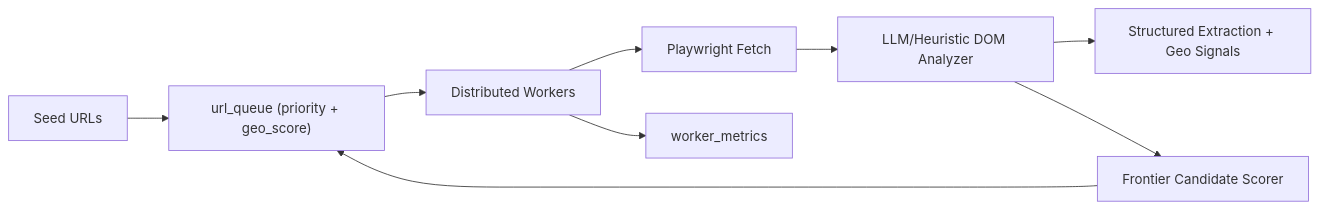
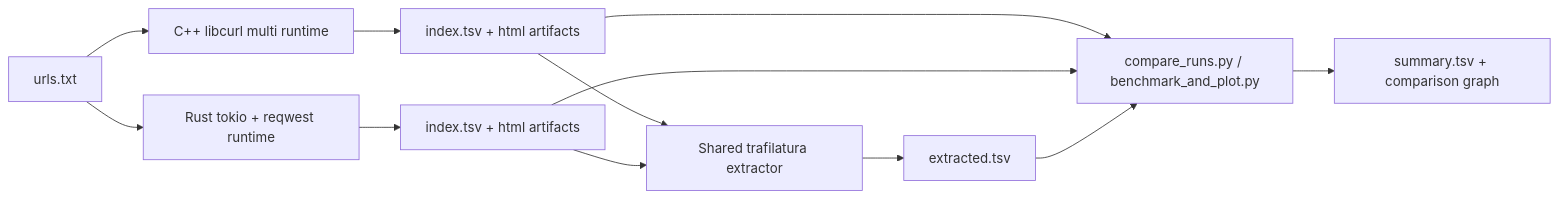
The diagram in README.md (shivraj-S-bhatti/stashy), drawn with Mermaid before and after one commit. The commit also changed other lines of this file and 13 other files, not shown here.

Commit message:
Add minimal C++/Rust crawl benchmark and docs

````diff
--- a/README.md
+++ b/README.md
@@ -43,11 +54,14 @@
 ```mermaid
 flowchart LR
-  A["Seed URLs"] --> B["url_queue (priority + geo_score)"]
-  B --> C["Distributed Workers"]
-  C --> D["Playwright Fetch"]
-  D --> E["LLM/Heuristic DOM Analyzer"]
-  E --> F["Structured Extraction + Geo Signals"]
-  E --> G["Frontier Candidate Scorer"]
-  G --> B
-  C --> H["worker_metrics"]
+  A["urls.txt"] --> B["C++ libcurl multi runtime"]
+  A --> C["Rust tokio + reqwest runtime"]
+  B --> D["index.tsv + html artifacts"]
+  C --> E["index.tsv + html artifacts"]
+  D --> F["Shared trafilatura extractor"]
+  E --> F
+  F --> G["extracted.tsv"]
+  D --> H["compare_runs.py / benchmark_and_plot.py"]
+  E --> H
+  G --> H
+  H --> I["summary.tsv + comparison graph"]
 ```
````
